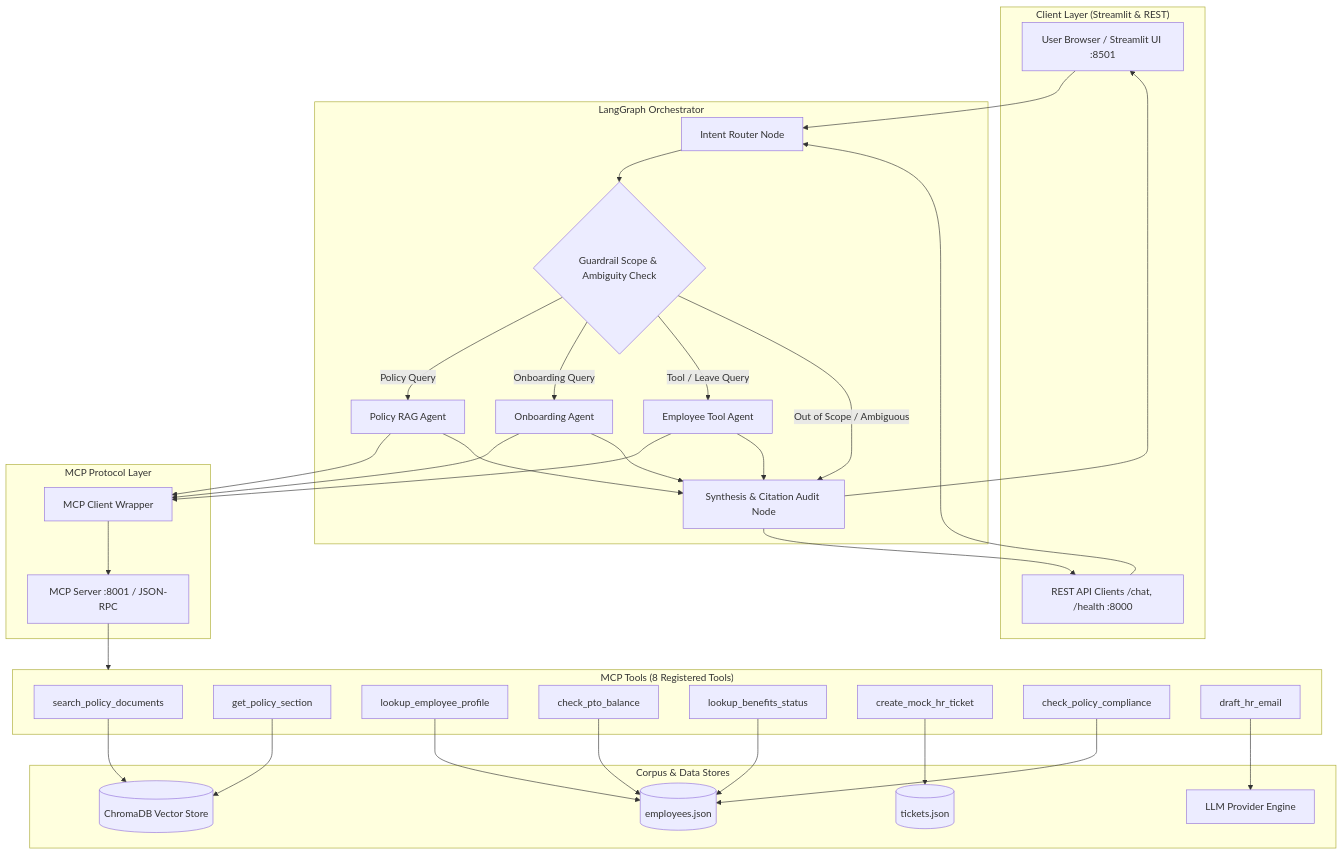
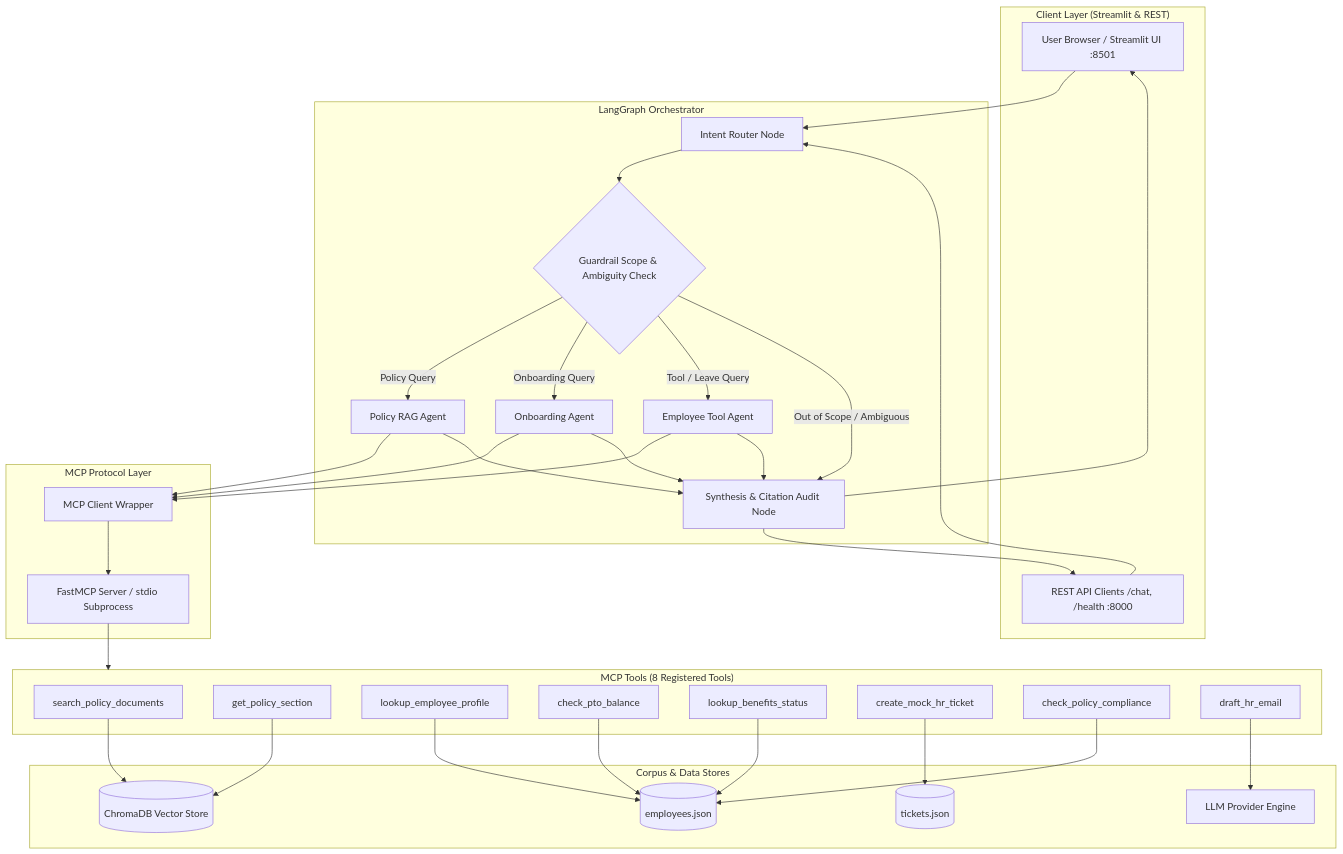
One commit to brettmorinaka/msaie-agentic-HR changed the diagram in docs/ARCHITECTURE.md. Above: the diagram before and after it, drawn with Mermaid. The commit also changed other lines of this file and 19 other files, not shown here.

````diff
--- a/docs/ARCHITECTURE.md
+++ b/docs/ARCHITECTURE.md
@@ -7,69 +7,69 @@
 ```mermaid
 flowchart TD
     subgraph UI ["Client Layer (Streamlit & REST)"]
         A[User Browser / Streamlit UI :8501]
         B[REST API Clients /chat, /health :8000]
     end
 
     subgraph Orchestrator ["LangGraph Orchestrator"]
         C[Intent Router Node]
         D{Guardrail Scope & Ambiguity Check}
         E[Policy RAG Agent]
         F[Onboarding Agent]
         G[Employee Tool Agent]
         H[Synthesis & Citation Audit Node]
     end
 
     subgraph MCP ["MCP Protocol Layer"]
         I[MCP Client Wrapper]
-        J[MCP Server :8001 / JSON-RPC]
+        J[FastMCP Server / stdio Subprocess]
     end
 
     subgraph Tools ["MCP Tools (8 Registered Tools)"]
         T1[search_policy_documents]
         T2[get_policy_section]
         T3[lookup_employee_profile]
         T4[check_pto_balance]
         T5[lookup_benefits_status]
         T6[create_mock_hr_ticket]
         T7[check_policy_compliance]
         T8[draft_hr_email]
     end
 
     subgraph Storage ["Corpus & Data Stores"]
         K[(ChromaDB Vector Store)]
         L[(employees.json)]
         M[(tickets.json)]
         N[LLM Provider Engine]
     end
 
     A --> C
     B --> C
     C --> D
     D -- "Policy Query" --> E
     D -- "Onboarding Query" --> F
     D -- "Tool / Leave Query" --> G
     D -- "Out of Scope / Ambiguous" --> H
 
     E --> I
     F --> I
     G --> I
 
     I --> J
     J --> Tools
 
     T1 --> K
     T2 --> K
     T3 --> L
     T4 --> L
     T5 --> L
     T6 --> M
     T7 --> L
     T8 --> N
 
     E --> H
     F --> H
     G --> H
     H --> A
     H --> B
 ```
````
